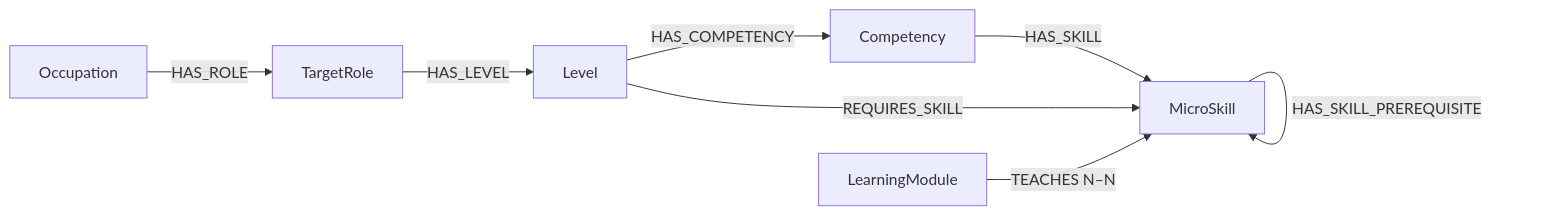
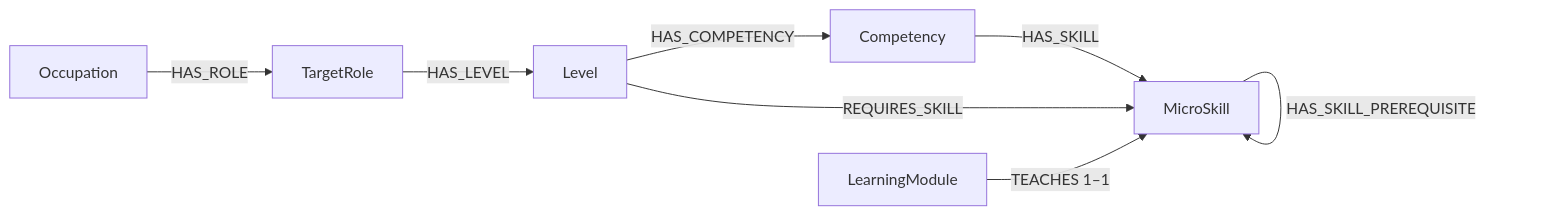
Before and after one commit to SEP490-Fall-2026-GFA26SE64/SEP490: the diagram in documents/neo4j_schema.md, drawn with Mermaid. The commit also changed other lines of this file and 487 other files, not shown here.

````diff
--- a/documents/neo4j_schema.md
+++ b/documents/neo4j_schema.md
@@ -15,10 +15,10 @@
 ```mermaid
 flowchart LR
  O[Occupation] -->|HAS_ROLE| R[TargetRole]
  R -->|HAS_LEVEL| L[Level]
  L -->|HAS_COMPETENCY| C[Competency]
  C -->|HAS_SKILL| S[MicroSkill]
  L -->|REQUIRES_SKILL| S
- M[LearningModule] -->|TEACHES N–N| S
+ M[LearningModule] -->|TEACHES 1–1| S
  S -->|HAS_SKILL_PREREQUISITE| S
 ```
````
